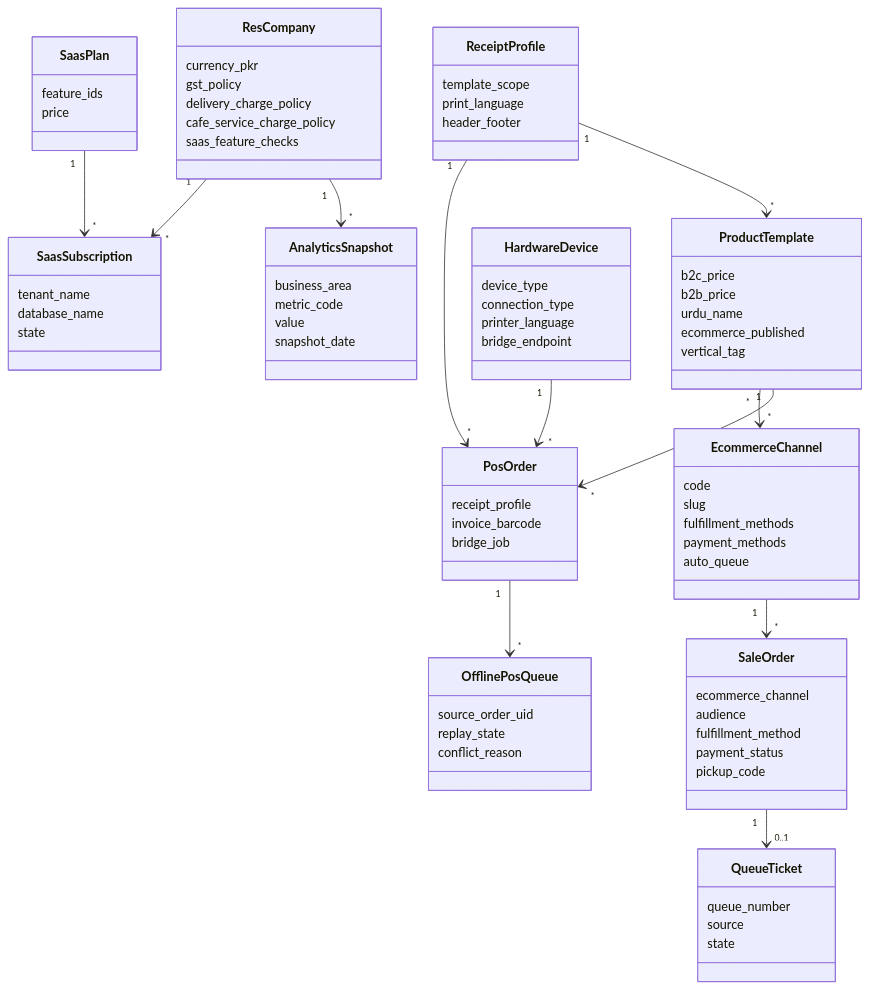
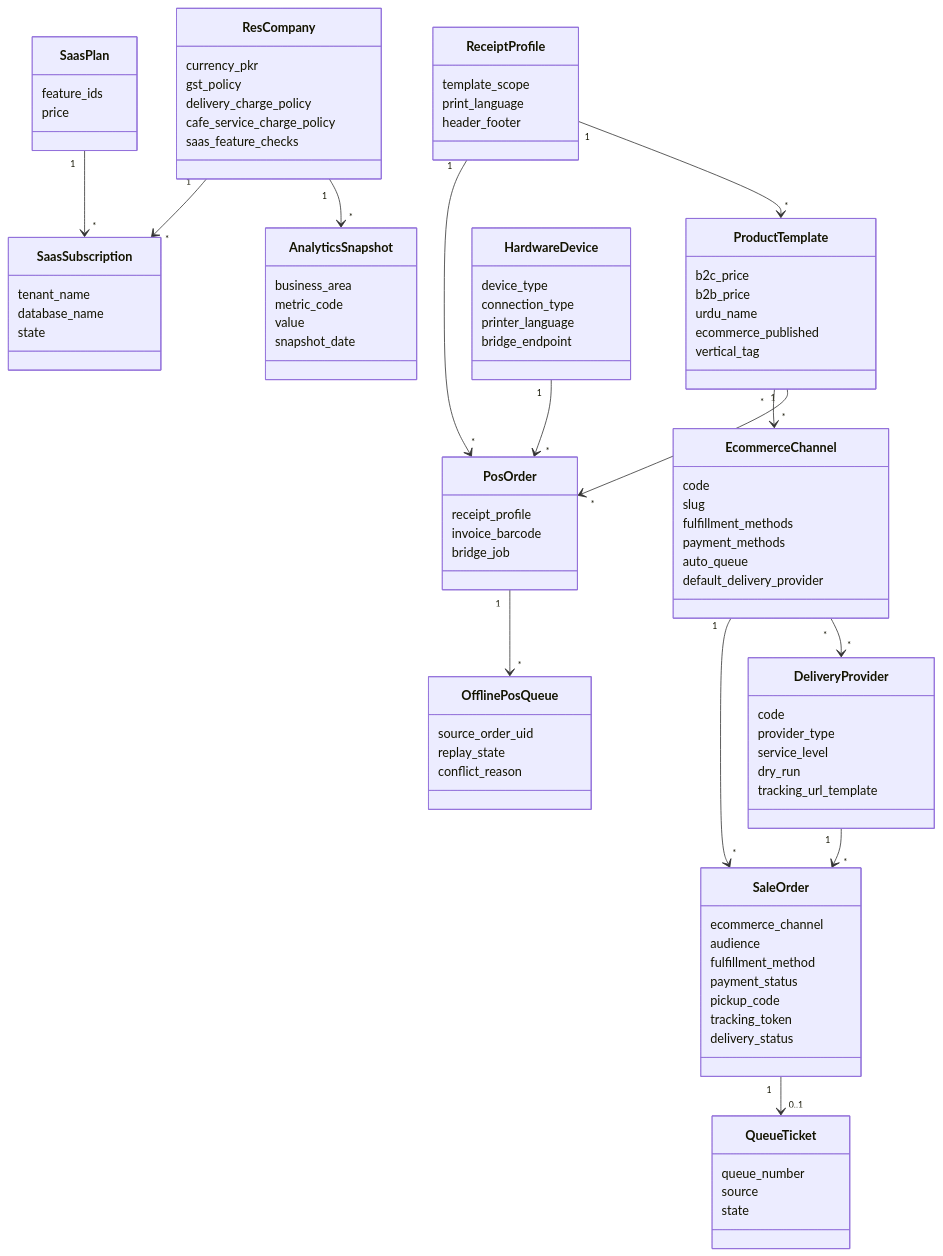
Before and after one commit to adeelarshad414/tijara-suite: the sixth of 14 diagrams in docs/DIAGRAMS.md, drawn with Mermaid. The commit also changed other lines of this file and 23 other files, not shown here.

Commit message:
Add ecommerce order tracking and delivery providers

```diff
--- a/docs/DIAGRAMS.md
+++ b/docs/DIAGRAMS.md
@@ -244,6 +244,14 @@
         fulfillment_methods
         payment_methods
         auto_queue
+        default_delivery_provider
+    }
+    class DeliveryProvider {
+        code
+        provider_type
+        service_level
+        dry_run
+        tracking_url_template
     }
     class SaleOrder {
         ecommerce_channel
@@ -251,6 +259,8 @@
         fulfillment_method
         payment_status
         pickup_code
+        tracking_token
+        delivery_status
     }
     class QueueTicket {
         queue_number
@@ -288,6 +298,8 @@
     ResCompany "1" --> "*" SaasSubscription
     SaasPlan "1" --> "*" SaasSubscription
     EcommerceChannel "1" --> "*" SaleOrder
+    DeliveryProvider "1" --> "*" SaleOrder
+    EcommerceChannel "*" --> "*" DeliveryProvider
     ProductTemplate "*" --> "*" EcommerceChannel
     SaleOrder "1" --> "0..1" QueueTicket
     ProductTemplate "1" --> "*" PosOrder
```
